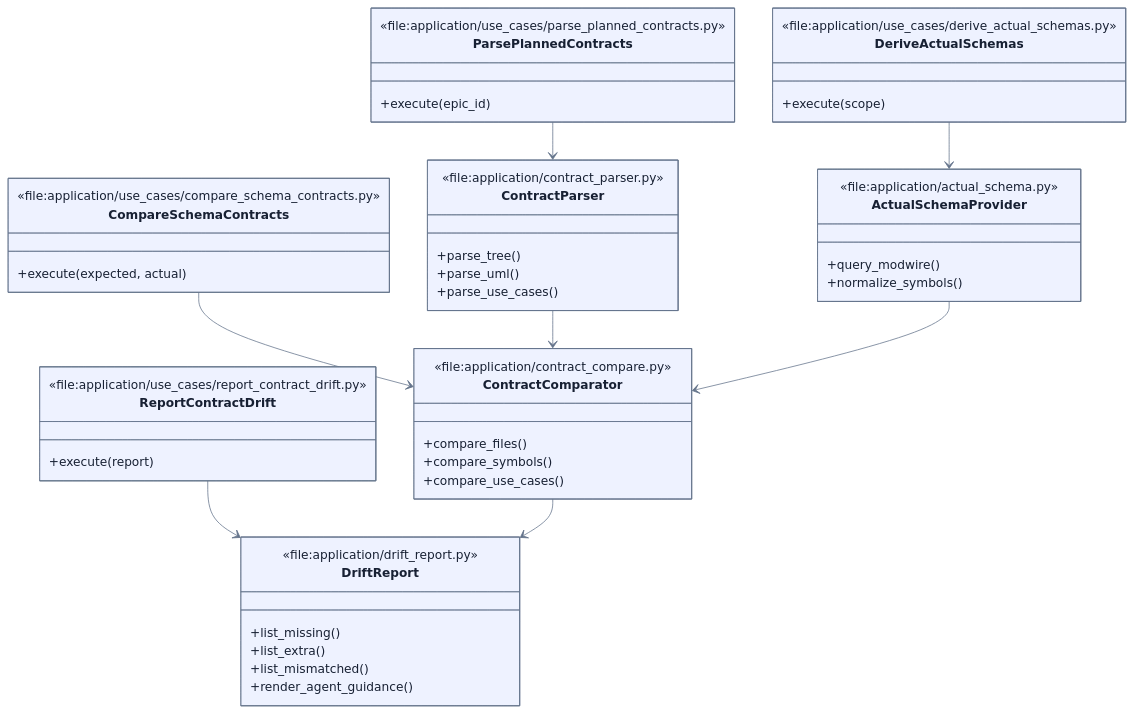
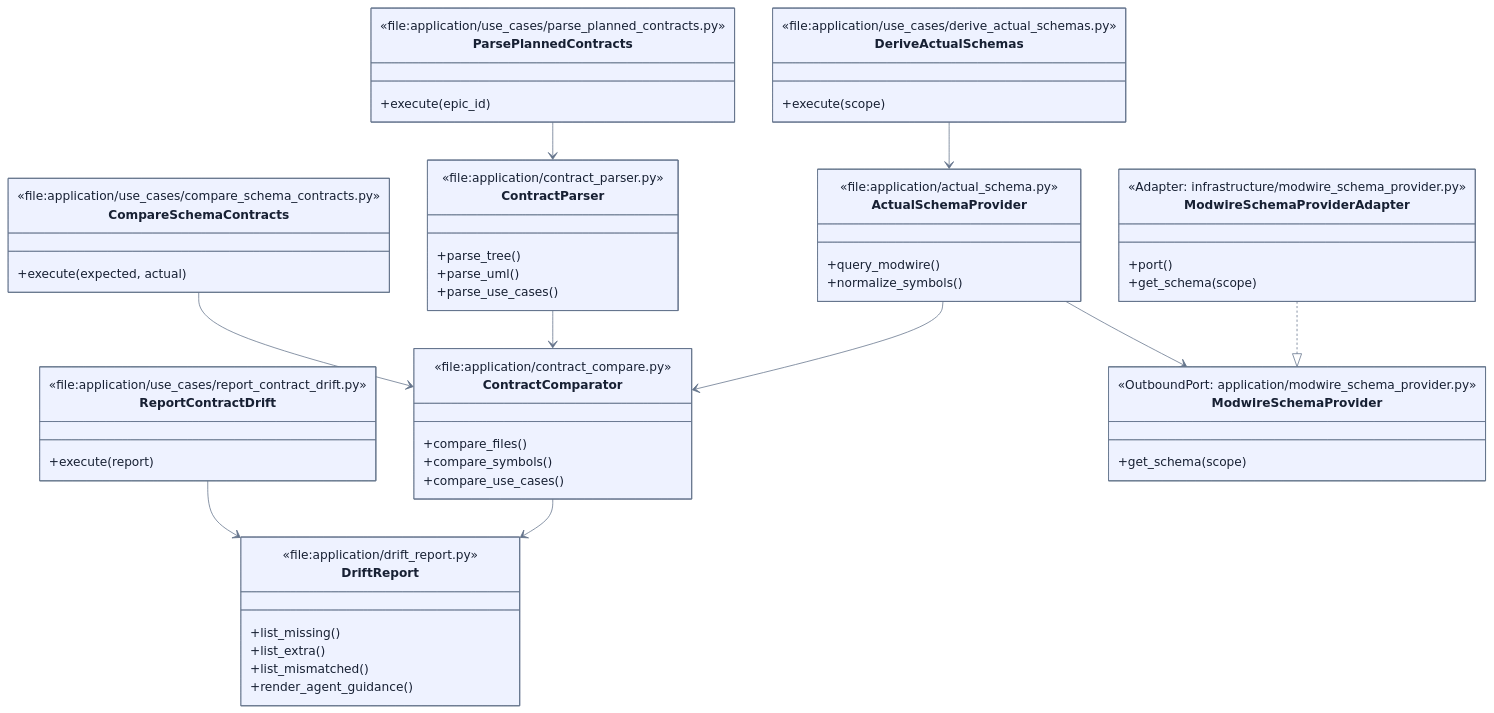
The second of 3 diagrams in .enclosure/plans/planning-workflow/epics/schema-contract-verification/SCHEMAS.md (9orky/enclosure), drawn with Mermaid before and after one commit. The commit also changed other lines of this file and 19 other files, not shown here.

````diff
--- a/.enclosure/plans/planning-workflow/epics/schema-contract-verification/SCHEMAS.md
+++ b/.enclosure/plans/planning-workflow/epics/schema-contract-verification/SCHEMAS.md
@@ -63,60 +70,73 @@
 ```mermaid
 %% contract: symbols
 %%{init: {"theme": "base", "themeVariables": {"primaryColor": "#eef2ff", "primaryTextColor": "#172033", "primaryBorderColor": "#64748b", "lineColor": "#64748b"}}}%%
 classDiagram
     class ParsePlannedContracts {
       <<file:application/use_cases/parse_planned_contracts.py>>
       +execute(epic_id)
     }
 
     class DeriveActualSchemas {
       <<file:application/use_cases/derive_actual_schemas.py>>
       +execute(scope)
     }
 
     class CompareSchemaContracts {
       <<file:application/use_cases/compare_schema_contracts.py>>
       +execute(expected, actual)
     }
 
     class ReportContractDrift {
       <<file:application/use_cases/report_contract_drift.py>>
       +execute(report)
     }
 
     class ContractParser {
       <<file:application/contract_parser.py>>
       +parse_tree()
       +parse_uml()
       +parse_use_cases()
     }
 
     class ActualSchemaProvider {
       <<file:application/actual_schema.py>>
       +query_modwire()
       +normalize_symbols()
     }
 
+    class ModwireSchemaProvider {
+      <<OutboundPort: application/modwire_schema_provider.py>>
+      +get_schema(scope)
+    }
+
+    class ModwireSchemaProviderAdapter {
+      <<Adapter: infrastructure/modwire_schema_provider.py>>
+      +port()
+      +get_schema(scope)
+    }
+
     class ContractComparator {
       <<file:application/contract_compare.py>>
       +compare_files()
       +compare_symbols()
       +compare_use_cases()
     }
 
     class DriftReport {
       <<file:application/drift_report.py>>
       +list_missing()
       +list_extra()
       +list_mismatched()
       +render_agent_guidance()
     }
 
     ParsePlannedContracts --> ContractParser
     DeriveActualSchemas --> ActualSchemaProvider
     CompareSchemaContracts --> ContractComparator
     ReportContractDrift --> DriftReport
     ContractParser --> ContractComparator
+    ActualSchemaProvider --> ModwireSchemaProvider
+    ModwireSchemaProviderAdapter ..|> ModwireSchemaProvider
     ActualSchemaProvider --> ContractComparator
     ContractComparator --> DriftReport
 ```
````
